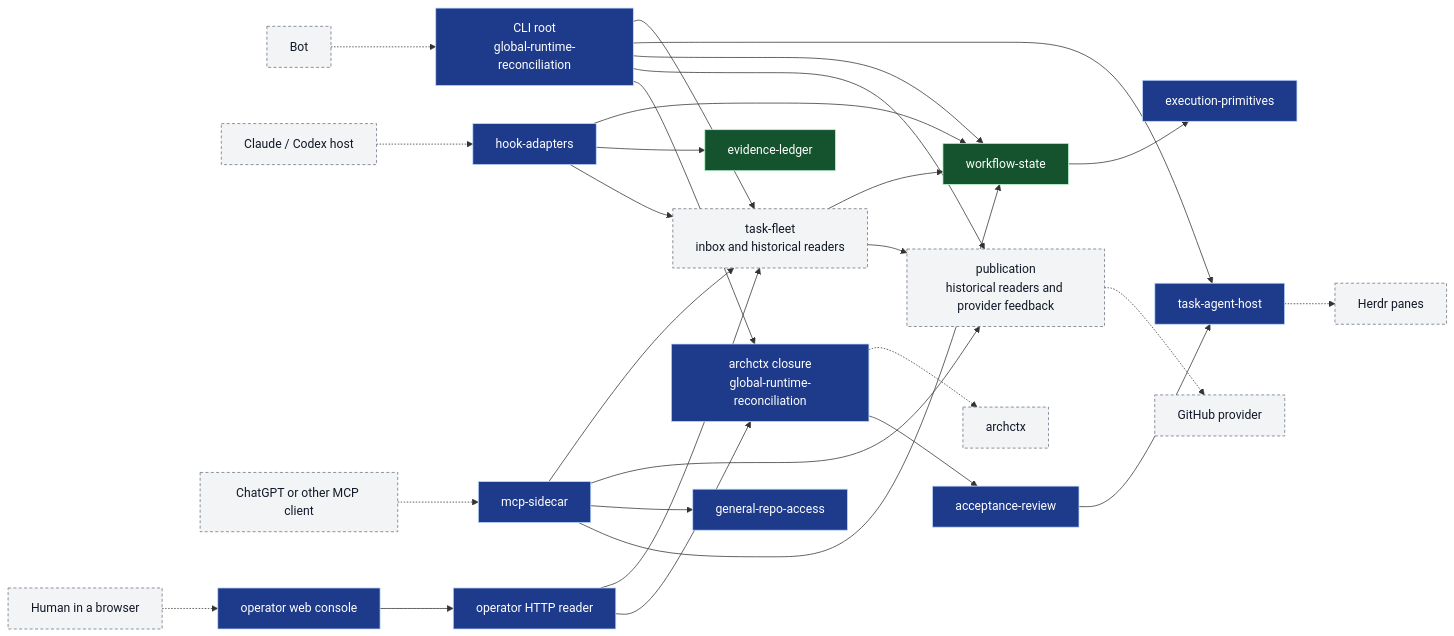
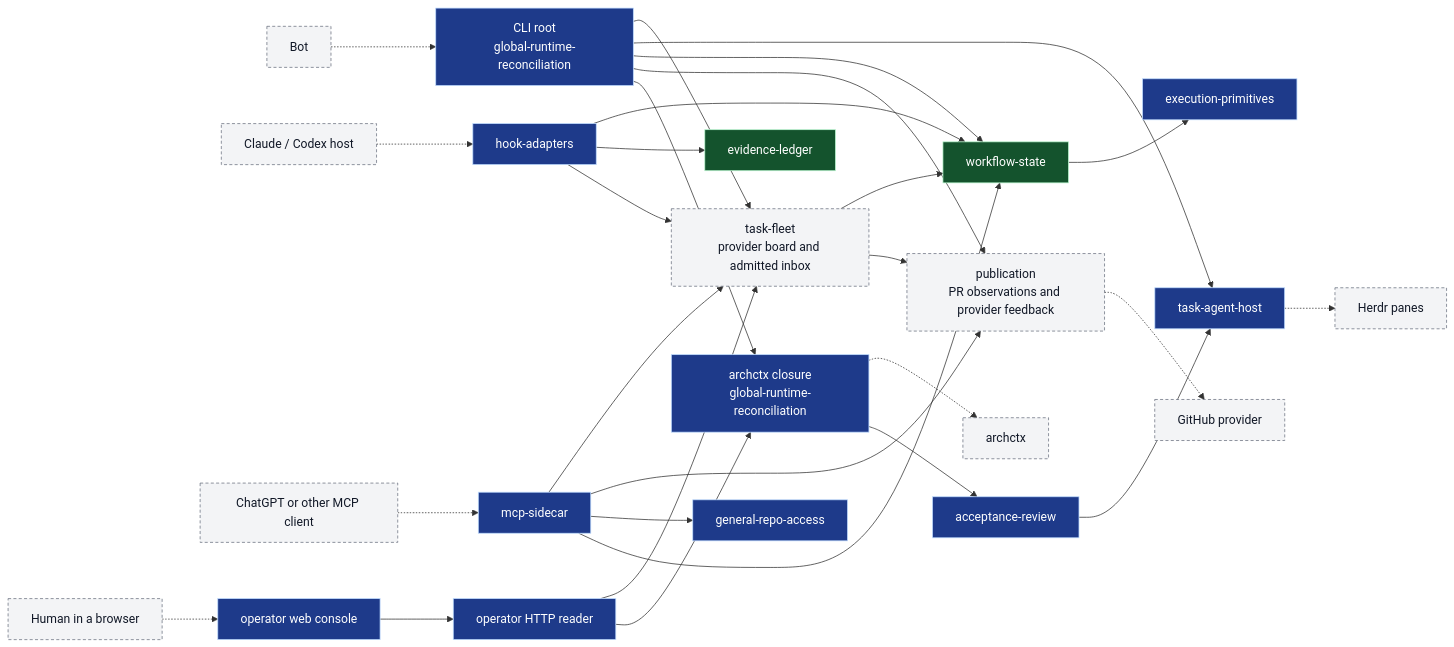
Before and after one commit to Ancienttwo/repo-harness: the diagram in docs/architecture/index.md, drawn with Mermaid. The commit also changed other lines of this file and 1 other file, not shown here.

First line of the commit message:
docs: explain provider observations and admitted coordination

````diff
--- a/docs/architecture/index.md
+++ b/docs/architecture/index.md
@@ -103,61 +112,61 @@
 ```mermaid
 flowchart LR
   classDef ext fill:#f3f4f6,stroke:#6b7280,color:#111827,stroke-dasharray:4 3
   classDef cap fill:#1e3a8a,stroke:#bfdbfe,color:#ffffff
   classDef store fill:#14532d,stroke:#bbf7d0,color:#ffffff
 
   Bot["Bot"]:::ext
   Host["Claude / Codex host"]:::ext
   Client["ChatGPT or other MCP client"]:::ext
   Human["Human in a browser"]:::ext
   Herdr["Herdr panes"]:::ext
   Provider["GitHub provider"]:::ext
   Archctx["archctx"]:::ext
 
   CLI["CLI root<br/>global-runtime-reconciliation"]:::cap
   Hooks["hook-adapters"]:::cap
   MCP["mcp-sidecar"]:::cap
   Repo["general-repo-access"]:::cap
   Console["operator web console"]:::cap
   OpServer["operator HTTP reader"]:::cap
   Closure["archctx closure<br/>global-runtime-reconciliation"]:::cap
-  Fleet["task-fleet<br/>inbox and historical readers"]:::ext
-  Pub["publication<br/>historical readers and provider feedback"]:::ext
+  Fleet["task-fleet<br/>provider board and admitted inbox"]:::ext
+  Pub["publication<br/>PR observations and provider feedback"]:::ext
   TAH["task-agent-host"]:::cap
   Review["acceptance-review"]:::cap
   WS["workflow-state"]:::store
   EL["evidence-ledger"]:::store
   EP["execution-primitives"]:::cap
 
   Bot -.-> CLI
   CLI --> Fleet
   CLI --> TAH
   CLI --> WS
   CLI --> Pub
   Fleet --> WS
   Fleet --> Pub
   TAH -.-> Herdr
   Pub -.-> Provider
 
   Host -.-> Hooks
   Hooks --> WS
   Hooks --> EL
   Hooks --> Fleet
 
   Client -.-> MCP
   MCP --> Fleet
   MCP --> Pub
   MCP --> Repo
   MCP --> WS
 
   Human -.-> Console
   Console --> OpServer
   OpServer --> Fleet
   OpServer --> Closure
 
   CLI --> Closure
   Closure -.-> Archctx
   Closure --> Review
   Review --> TAH
   WS --> EP
 ```
````
